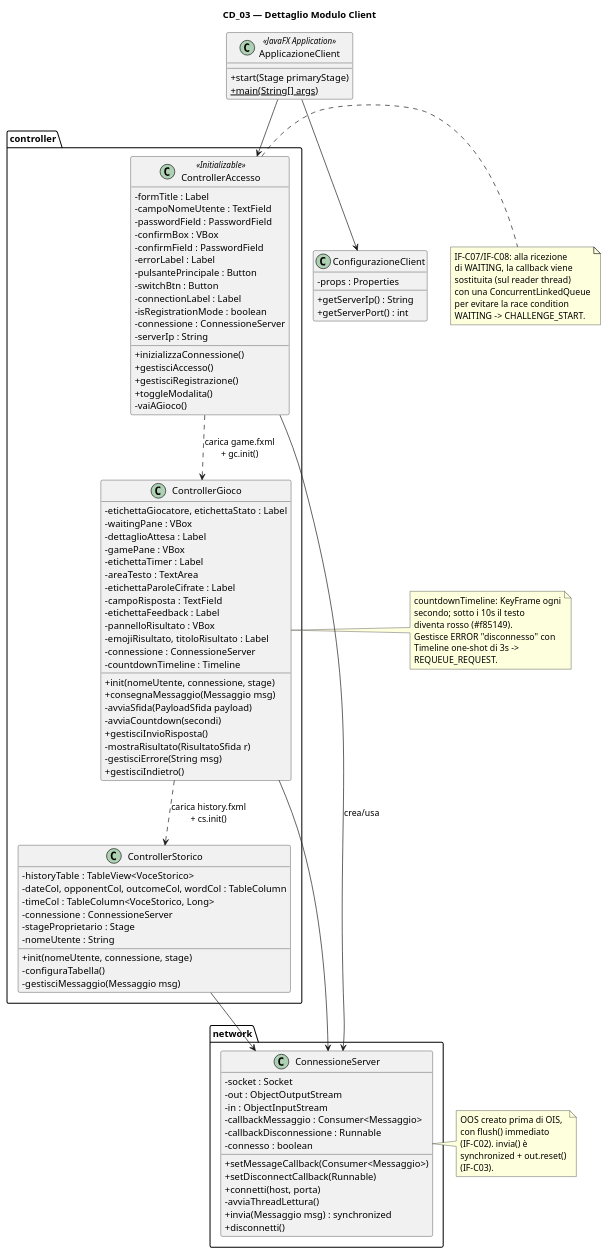
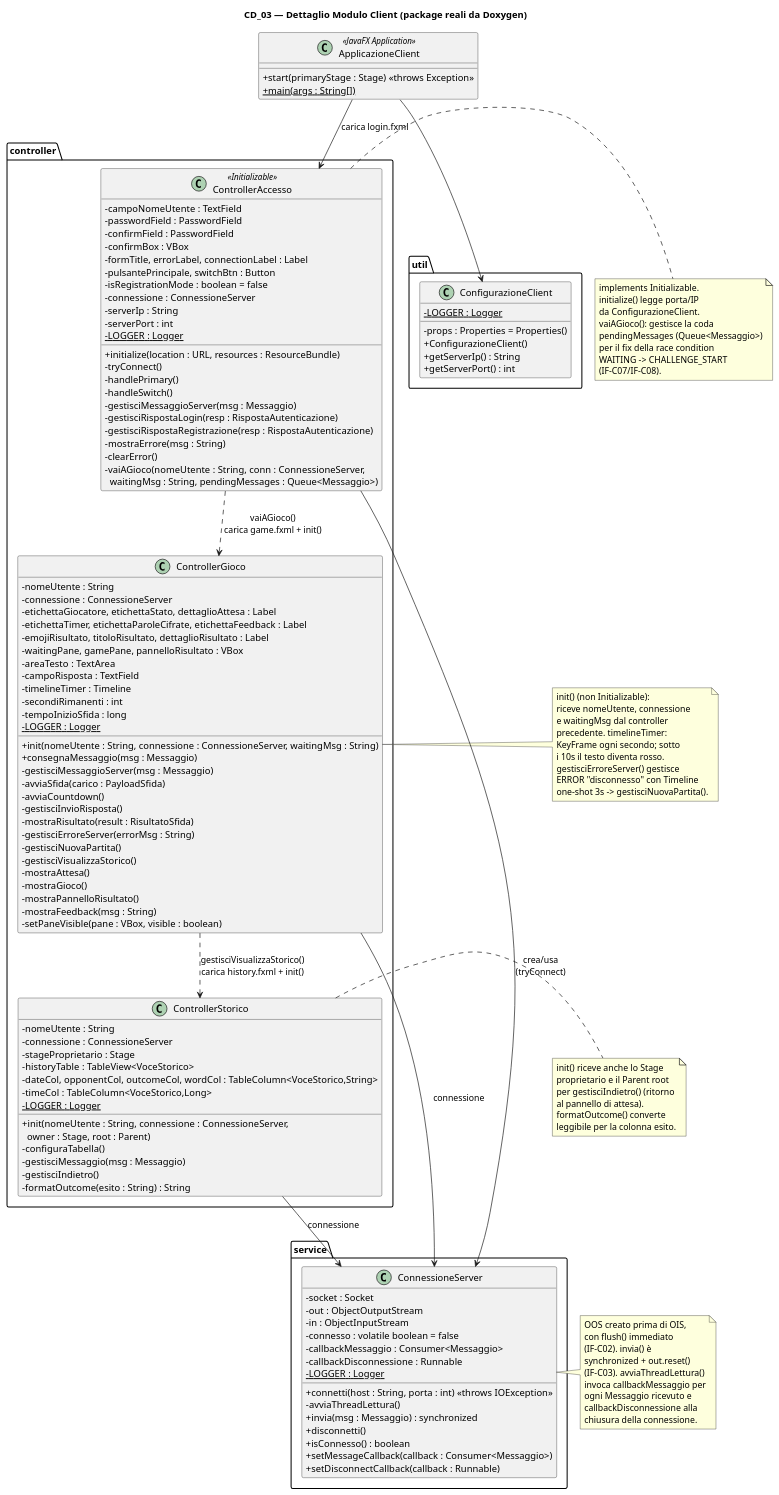
One commit to Michele-Pio-Russo/Progetto_Java_Avanzata_Gruppo_2 changed the diagram in Documenti/Diagrammi/CD_03_DettaglioClient.puml. Above: the diagram before and after it, drawn with PlantUML. The commit also changed 12 other files, not shown here.

```diff
--- a/Documenti/Diagrammi/CD_03_DettaglioClient.puml
+++ b/Documenti/Diagrammi/CD_03_DettaglioClient.puml
@@ -1,126 +1,164 @@
 @startuml CD_03_DettaglioClient
 skinparam classAttributeIconSize 0
 
-title CD_03 — Dettaglio Modulo Client
+title CD_03 — Dettaglio Modulo Client (package reali da Doxygen)
 
 class ApplicazioneClient <<JavaFX Application>> {
-  +start(Stage primaryStage)
-  +{static} main(String[] args)
+  +start(primaryStage : Stage) <<throws Exception>>
+  +{static} main(args : String[])
 }
 
-class ConfigurazioneClient {
-  -props : Properties
-  +getServerIp() : String
-  +getServerPort() : int
+package "util" {
+  class ConfigurazioneClient {
+    -props : Properties = Properties()
+    -{static} LOGGER : Logger
+    +ConfigurazioneClient()
+    +getServerIp() : String
+    +getServerPort() : int
+  }
 }
 
-package "network" {
+package "service" {
   class ConnessioneServer {
     -socket : Socket
     -out : ObjectOutputStream
     -in : ObjectInputStream
+    -connesso : volatile boolean = false
     -callbackMessaggio : Consumer<Messaggio>
     -callbackDisconnessione : Runnable
-    -connesso : boolean
-    +setMessageCallback(Consumer<Messaggio>)
-    +setDisconnectCallback(Runnable)
-    +connetti(host, porta)
+    -{static} LOGGER : Logger
+    +connetti(host : String, porta : int) <<throws IOException>>
     -avviaThreadLettura()
-    +invia(Messaggio msg) : synchronized
+    +invia(msg : Messaggio) : synchronized
     +disconnetti()
+    +isConnesso() : boolean
+    +setMessageCallback(callback : Consumer<Messaggio>)
+    +setDisconnectCallback(callback : Runnable)
   }
 }
 
 package "controller" {
   class ControllerAccesso <<Initializable>> {
-    -formTitle : Label
     -campoNomeUtente : TextField
     -passwordField : PasswordField
+    -confirmField : PasswordField
     -confirmBox : VBox
-    -confirmField : PasswordField
-    -errorLabel : Label
-    -pulsantePrincipale : Button
-    -switchBtn : Button
-    -connectionLabel : Label
-    -isRegistrationMode : boolean
+    -formTitle, errorLabel, connectionLabel : Label
+    -pulsantePrincipale, switchBtn : Button
+    -isRegistrationMode : boolean = false
     -connessione : ConnessioneServer
     -serverIp : String
-    +inizializzaConnessione()
-    +gestisciAccesso()
-    +gestisciRegistrazione()
-    +toggleModalita()
-    -vaiAGioco()
+    -serverPort : int
+    -{static} LOGGER : Logger
+    +initialize(location : URL, resources : ResourceBundle)
+    -tryConnect()
+    -handlePrimary()
+    -handleSwitch()
+    -gestisciMessaggioServer(msg : Messaggio)
+    -gestisciRispostaLogin(resp : RispostaAutenticazione)
+    -gestisciRispostaRegistrazione(resp : RispostaAutenticazione)
+    -mostraErrore(msg : String)
+    -clearError()
+    -vaiAGioco(nomeUtente : String, conn : ConnessioneServer,\n  waitingMsg : String, pendingMessages : Queue<Messaggio>)
   }
 
   class ControllerGioco {
-    -etichettaGiocatore, etichettaStato : Label
-    -waitingPane : VBox
-    -dettaglioAttesa : Label
-    -gamePane : VBox
-    -etichettaTimer : Label
+    -nomeUtente : String
+    -connessione : ConnessioneServer
+    -etichettaGiocatore, etichettaStato, dettaglioAttesa : Label
+    -etichettaTimer, etichettaParoleCifrate, etichettaFeedback : Label
+    -emojiRisultato, titoloRisultato, dettaglioRisultato : Label
+    -waitingPane, gamePane, pannelloRisultato : VBox
     -areaTesto : TextArea
-    -etichettaParoleCifrate : Label
     -campoRisposta : TextField
-    -etichettaFeedback : Label
-    -pannelloRisultato : VBox
-    -emojiRisultato, titoloRisultato : Label
-    -connessione : ConnessioneServer
-    -countdownTimeline : Timeline
-    +init(nomeUtente, connessione, stage)
-    +consegnaMessaggio(Messaggio msg)
-    -avviaSfida(PayloadSfida payload)
-    -avviaCountdown(secondi)
-    +gestisciInvioRisposta()
-    -mostraRisultato(RisultatoSfida r)
-    -gestisciErrore(String msg)
-    +gestisciIndietro()
+    -timelineTimer : Timeline
+    -secondiRimanenti : int
+    -tempoInizioSfida : long
+    -{static} LOGGER : Logger
+    +init(nomeUtente : String, connessione : ConnessioneServer, waitingMsg : String)
+    +consegnaMessaggio(msg : Messaggio)
+    -gestisciMessaggioServer(msg : Messaggio)
+    -avviaSfida(carico : PayloadSfida)
+    -avviaCountdown()
+    -gestisciInvioRisposta()
+    -mostraRisultato(result : RisultatoSfida)
+    -gestisciErroreServer(errorMsg : String)
+    -gestisciNuovaPartita()
+    -gestisciVisualizzaStorico()
+    -mostraAttesa()
+    -mostraGioco()
+    -mostraPannelloRisultato()
+    -mostraFeedback(msg : String)
+    -setPaneVisible(pane : VBox, visible : boolean)
   }
 
   class ControllerStorico {
-    -historyTable : TableView<VoceStorico>
-    -dateCol, opponentCol, outcomeCol, wordCol : TableColumn
-    -timeCol : TableColumn<VoceStorico, Long>
+    -nomeUtente : String
     -connessione : ConnessioneServer
     -stageProprietario : Stage
-    -nomeUtente : String
-    +init(nomeUtente, connessione, stage)
+    -historyTable : TableView<VoceStorico>
+    -dateCol, opponentCol, outcomeCol, wordCol : TableColumn<VoceStorico,String>
+    -timeCol : TableColumn<VoceStorico,Long>
+    -{static} LOGGER : Logger
+    +init(nomeUtente : String, connessione : ConnessioneServer,\n  owner : Stage, root : Parent)
     -configuraTabella()
-    -gestisciMessaggio(Messaggio msg)
+    -gestisciMessaggio(msg : Messaggio)
+    -gestisciIndietro()
+    -formatOutcome(esito : String) : String
   }
 }
 
+ApplicazioneClient --> ControllerAccesso : carica login.fxml
 ApplicazioneClient --> ConfigurazioneClient
-ApplicazioneClient --> ControllerAccesso
 
-ControllerAccesso --> ConnessioneServer : crea/usa
-ControllerAccesso ..> ControllerGioco : carica game.fxml\n+ gc.init()
-ControllerGioco --> ConnessioneServer
-ControllerGioco ..> ControllerStorico : carica history.fxml\n+ cs.init()
-ControllerStorico --> ConnessioneServer
+ControllerAccesso --> ConnessioneServer : crea/usa\n(tryConnect)
+ControllerAccesso ..> ControllerGioco : vaiAGioco()\ncarica game.fxml + init()
+ControllerGioco --> ConnessioneServer : connessione
+ControllerGioco ..> ControllerStorico : gestisciVisualizzaStorico()\ncarica history.fxml + init()
+ControllerStorico --> ConnessioneServer : connessione
 
 note right of ConnessioneServer
   OOS creato prima di OIS,
   con flush() immediato
   (IF-C02). invia() è
   synchronized + out.reset()
-  (IF-C03).
+  (IF-C03). avviaThreadLettura()
+  invoca callbackMessaggio per
+  ogni Messaggio ricevuto e
+  callbackDisconnessione alla
+  chiusura della connessione.
 end note
 
 note right of ControllerAccesso
-  IF-C07/IF-C08: alla ricezione
-  di WAITING, la callback viene
-  sostituita (sul reader thread)
-  con una ConcurrentLinkedQueue
-  per evitare la race condition
-  WAITING -> CHALLENGE_START.
+  implements Initializable.
+  initialize() legge porta/IP
+  da ConfigurazioneClient.
+  vaiAGioco(): gestisce la coda
+  pendingMessages (Queue<Messaggio>)
+  per il fix della race condition
+  WAITING -> CHALLENGE_START
+  (IF-C07/IF-C08).
 end note
 
 note right of ControllerGioco
-  countdownTimeline: KeyFrame ogni
-  secondo; sotto i 10s il testo
-  diventa rosso (#f85149).
-  Gestisce ERROR "disconnesso" con
-  Timeline one-shot di 3s ->
-  REQUEUE_REQUEST.
+  init() (non Initializable):
+  riceve nomeUtente, connessione
+  e waitingMsg dal controller
+  precedente. timelineTimer:
+  KeyFrame ogni secondo; sotto
+  i 10s il testo diventa rosso.
+  gestisciErroreServer() gestisce
+  ERROR "disconnesso" con Timeline
+  one-shot 3s -> gestisciNuovaPartita().
+end note
+
+note right of ControllerStorico
+  init() riceve anche lo Stage
+  proprietario e il Parent root
+  per gestisciIndietro() (ritorno
+  al pannello di attesa).
+  formatOutcome() converte
+  'win'/'loss'/'draw' in testo
+  leggibile per la colonna esito.
 end note
 @enduml
```
